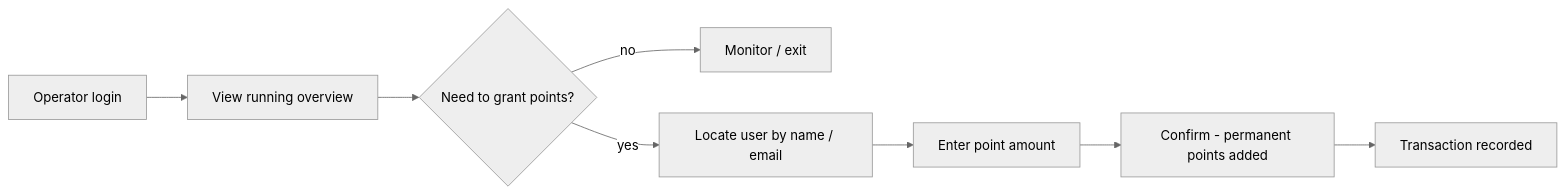
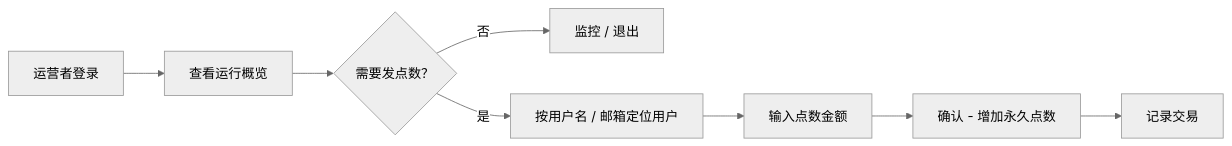
One commit to argszero/aitokenpool changed the fourth of 6 diagrams in docs/user-stories.md. Above: the diagram before and after it, drawn with Mermaid (neutral theme). The commit also changed other lines of this file, not shown here.

Commit message:
docs: rewrite user-stories in Chinese (v1.5) (#16)

````diff
--- a/docs/user-stories.md
+++ b/docs/user-stories.md
@@ -192,10 +195,10 @@
 ```mermaid
 flowchart LR
-  A[Operator login] --> B[View running overview]
-  B --> C{Need to grant points?}
-  C -->|no| D[Monitor / exit]
-  C -->|yes| E[Locate user by name / email]
-  E --> F[Enter point amount]
-  F --> G[Confirm - permanent points added]
-  G --> H[Transaction recorded]
+  A[运营者登录] --> B[查看运行概览]
+  B --> C{需要发点数？}
+  C -->|否| D[监控 / 退出]
+  C -->|是| E[按用户名 / 邮箱定位用户]
+  E --> F[输入点数金额]
+  F --> G[确认 - 增加永久点数]
+  G --> H[记录交易]
 ```
````
